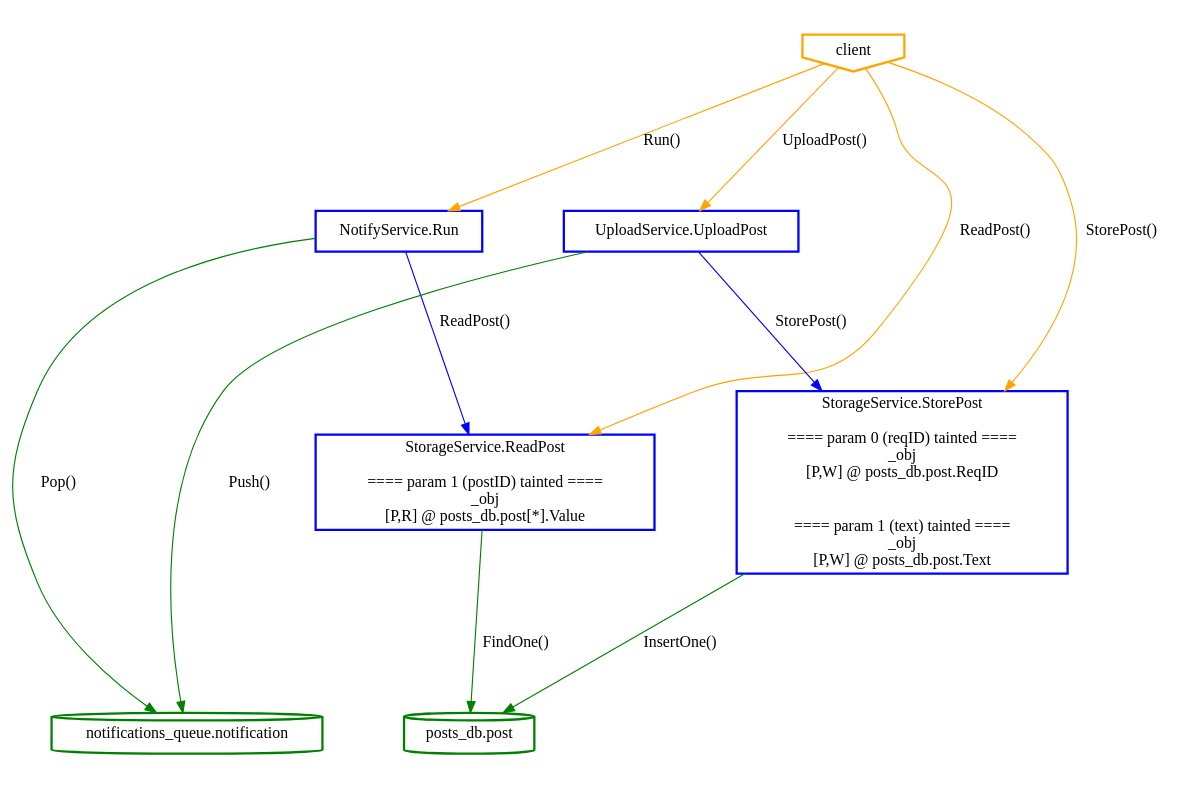
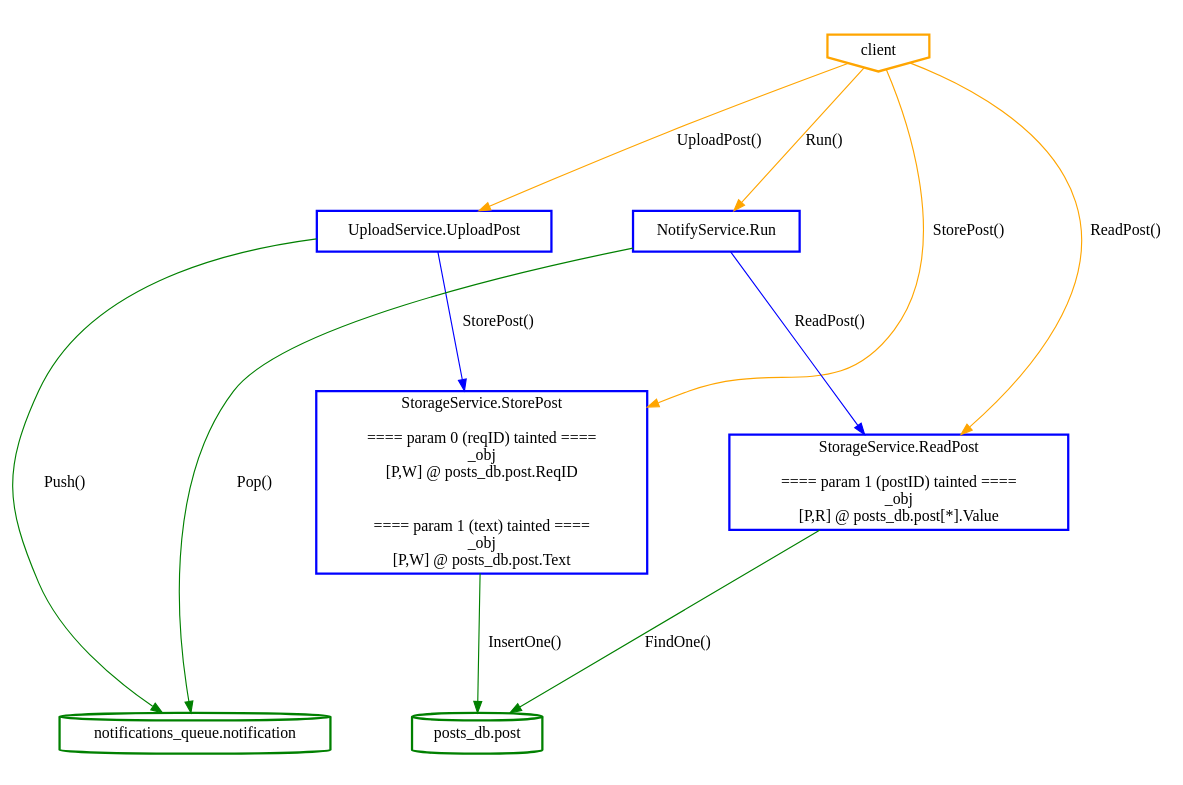
The diagram in ssa_analysis/analyzer/output/postnotification_simple/abstractcallgraph_detailed.dot (aletheia-microservices/aletheia), drawn with Graphviz before and after one commit. The commit also changed other lines of this file and 24 other files, not shown here.

```diff
--- a/ssa_analysis/analyzer/output/postnotification_simple/abstractcallgraph_detailed.dot
+++ b/ssa_analysis/analyzer/output/postnotification_simple/abstractcallgraph_detailed.dot
@@ -1,46 +1,46 @@
 digraph G {
 	rankdir=TD;
 	ranksep=1.5;
 	nodesep=1;
 	subgraph cluster_clients {
 		style=invis;
 		N_client [label="client", style=bold, shape=invhouse, color="orange"];
 	}
 	subgraph cluster_services {
 		style=invis;
-		N_NotifyService_Run [label="NotifyService.Run", style=bold, shape=box, color="blue"];
-		N_StorageService_ReadPost [label="StorageService.ReadPost
-
-==== param 1 (postID) tainted ====
-_obj
-[P,R] @ posts_db.post[*].Value
-", style=bold, shape=box, color="blue"];
 		N_UploadService_UploadPost [label="UploadService.UploadPost", style=bold, shape=box, color="blue"];
 		N_StorageService_StorePost [label="StorageService.StorePost
 
 ==== param 0 (reqID) tainted ====
 _obj
 [P,W] @ posts_db.post.ReqID
 
 
 ==== param 1 (text) tainted ====
 _obj
 [P,W] @ posts_db.post.Text
+", style=bold, shape=box, color="blue"];
+		N_NotifyService_Run [label="NotifyService.Run", style=bold, shape=box, color="blue"];
+		N_StorageService_ReadPost [label="StorageService.ReadPost
+
+==== param 1 (postID) tainted ====
+_obj
+[P,R] @ posts_db.post[*].Value
 ", style=bold, shape=box, color="blue"];
 	}
 	subgraph cluster_databases {
 		style=invis;
 		N_notifications_queue_notification [label="notifications_queue.notification", style=bold, shape=cylinder, color="green"];
 		N_posts_db_post [label="posts_db.post", style=bold, shape=cylinder, color="green"];
 	}
 	N_client -> N_UploadService_UploadPost [label="UploadPost()", color=orange];
 	N_UploadService_UploadPost -> N_StorageService_StorePost [label="StorePost()", color=blue];
 	N_UploadService_UploadPost -> N_notifications_queue_notification [label="Push()", color=green];
 	N_client -> N_StorageService_StorePost [label="StorePost()", color=orange];
 	N_StorageService_StorePost -> N_posts_db_post [label="InsertOne()", color=green];
 	N_client -> N_NotifyService_Run [label="Run()", color=orange];
 	N_NotifyService_Run -> N_notifications_queue_notification [label="Pop()", color=green];
 	N_NotifyService_Run -> N_StorageService_ReadPost [label="ReadPost()", color=blue];
 	N_client -> N_StorageService_ReadPost [label="ReadPost()", color=orange];
 	N_StorageService_ReadPost -> N_posts_db_post [label="FindOne()", color=green];
 }
```
